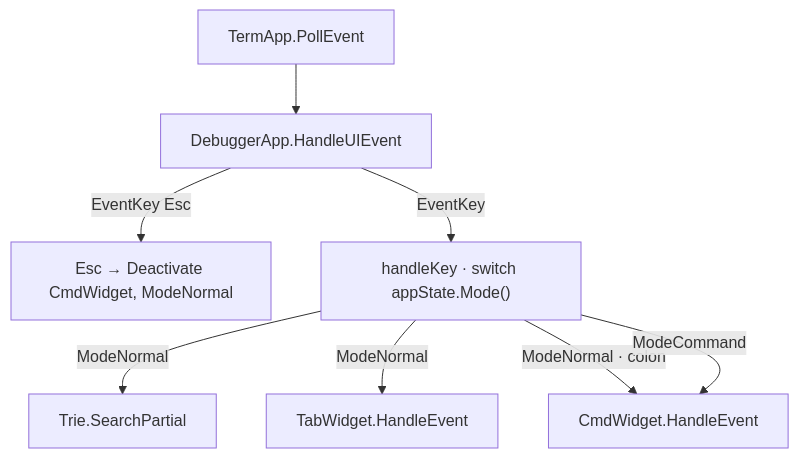
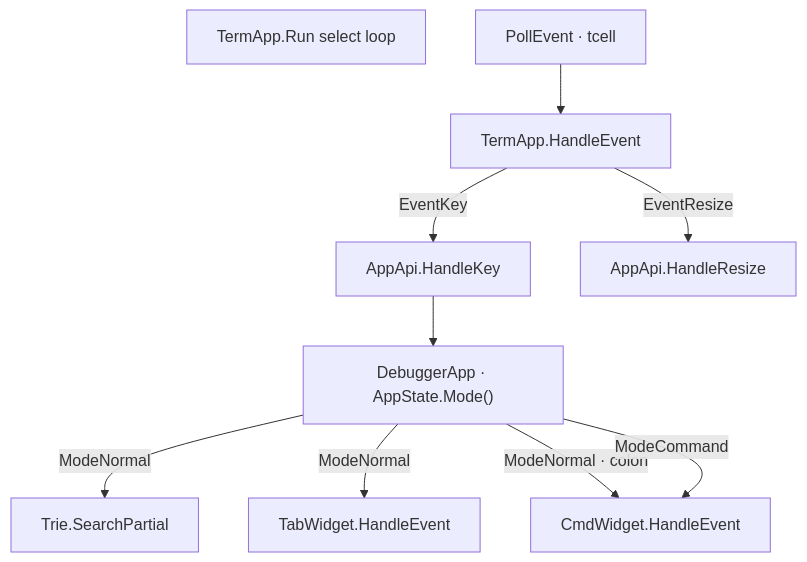
Before and after one commit to yairgd/gdbforge: the second of 4 diagrams in docs/INPUT.md, drawn with Mermaid. The commit also changed other lines of this file and 11 other files, not shown here.

````diff
--- a/docs/INPUT.md
+++ b/docs/INPUT.md
@@ -87,18 +88,20 @@
 ```mermaid
 flowchart TB
-    Poll["TermApp.PollEvent"]
-    UI["DebuggerApp.HandleUIEvent"]
-    Esc["Esc → Deactivate CmdWidget, ModeNormal"]
-    Router["handleKey · switch appState.Mode()"]
+    Select["TermApp.Run select loop"]
+    Poll["PollEvent · tcell"]
+    TermHandler["TermApp.HandleEvent"]
+    HandleKey["AppApi.HandleKey"]
+    HandleResize["AppApi.HandleResize"]
+    Router["DebuggerApp · AppState.Mode()"]
     Trie["Trie.SearchPartial"]
     Tab["TabWidget.HandleEvent"]
     Cmd["CmdWidget.HandleEvent"]
 
-    Poll --> UI
-    UI -->|"EventKey Esc"| Esc
-    UI -->|"EventKey"| Router
+    Poll --> TermHandler
+    TermHandler -->|"EventKey"| HandleKey --> Router
+    TermHandler -->|"EventResize"| HandleResize
     Router -->|"ModeNormal"| Trie
     Router -->|"ModeNormal"| Tab
     Router -->|"ModeNormal · colon"| Cmd
     Router -->|"ModeCommand"| Cmd
 ```
````
